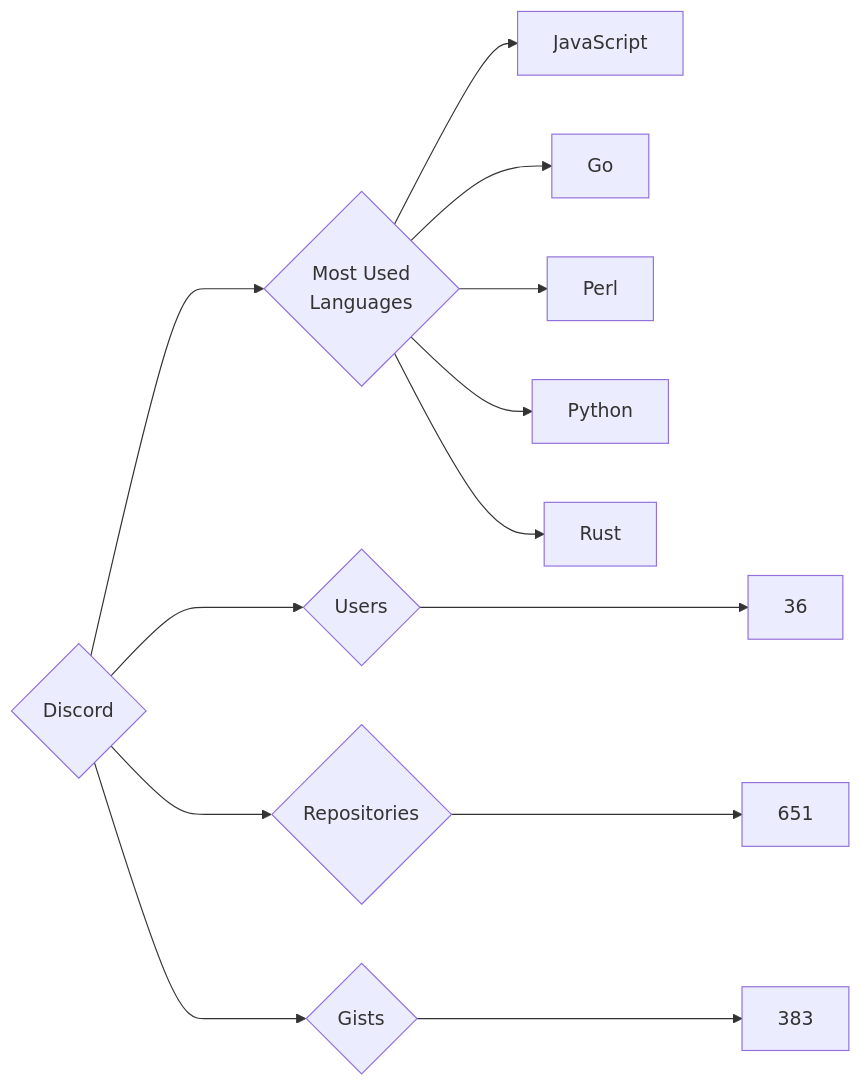
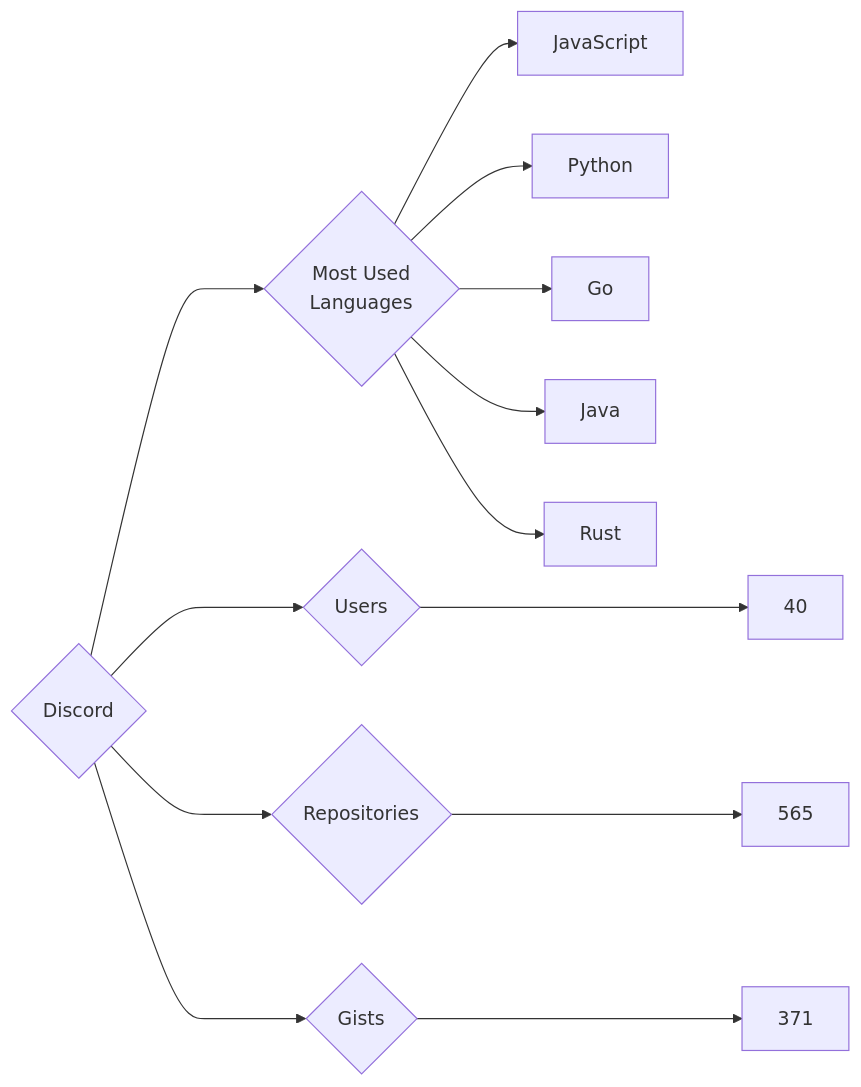
One commit to trickest/insiders changed the diagram in targets/Discord/README.md. Above: the diagram before and after it, drawn with Mermaid. The commit also changed 622 other files, not shown here.

````diff
--- a/targets/Discord/README.md
+++ b/targets/Discord/README.md
@@ -3,13 +3,13 @@
 ```mermaid
 graph LR
 COMPANY_NAME{Discord}
-COMPANY_NAME ---> U{Users} ---> UN[36]
-COMPANY_NAME ---> R{Repositories} ---> RN[651]
-COMPANY_NAME ---> G{Gists} ---> GN[383]
+COMPANY_NAME ---> U{Users} ---> UN[40]
+COMPANY_NAME ---> R{Repositories} ---> RN[565]
+COMPANY_NAME ---> G{Gists} ---> GN[371]
 COMPANY_NAME ---> ML{Most Used<br>Languages}
 ML --> JavaScript[JavaScript]
+ML --> Python[Python]
 ML --> Go[Go]
-ML --> Perl[Perl]
-ML --> Python[Python]
+ML --> Java[Java]
 ML --> Rust[Rust]
 ```
````
